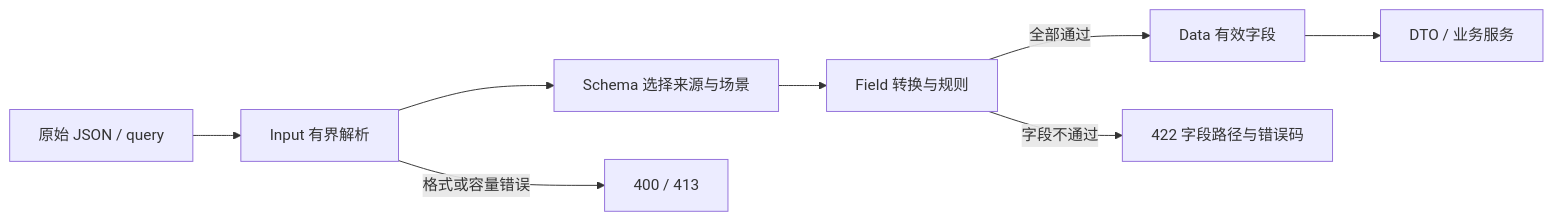
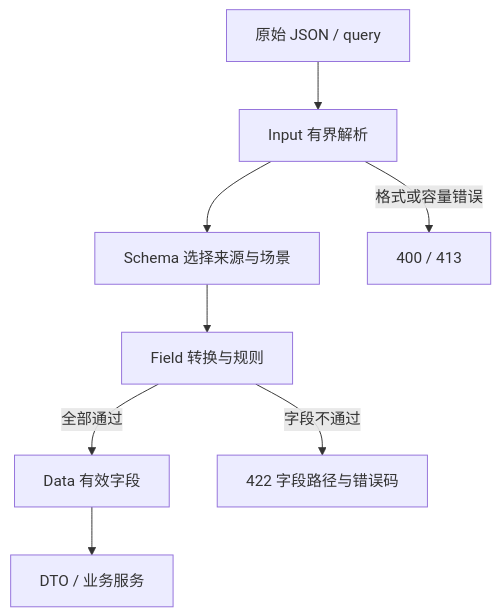
One commit to zoujingli/typeapp changed the diagram in docs/guide/plugins/type-validate.md. Above: the diagram before and after it, drawn with Mermaid. The commit also changed other lines of this file and 31 other files, not shown here.

Commit message:
docs(release): 细化版本安装与组件图示并记录候选验收边界

````diff
--- a/docs/guide/plugins/type-validate.md
+++ b/docs/guide/plugins/type-validate.md
@@ -11,10 +11,10 @@
 ```mermaid
-flowchart LR
+flowchart TB
   A[原始 JSON / query] --> B[Input 有界解析]
   B --> C[Schema 选择来源与场景]
   C --> D[Field 转换与规则]
   D -->|全部通过| E[Data 有效字段]
   E --> F[DTO / 业务服务]
   B -->|格式或容量错误| G[400 / 413]
   D -->|字段不通过| H[422 字段路径与错误码]
 ```
````
